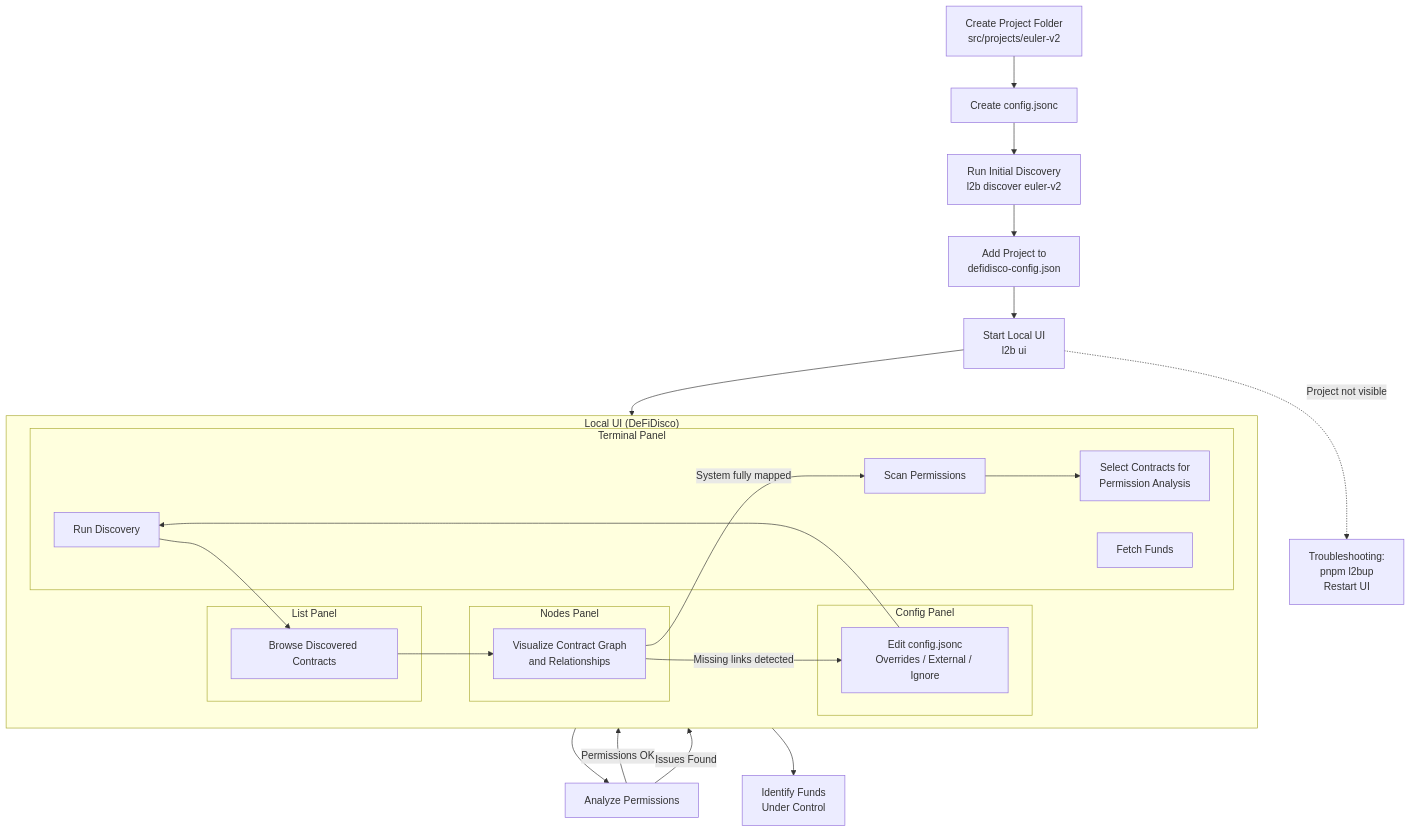
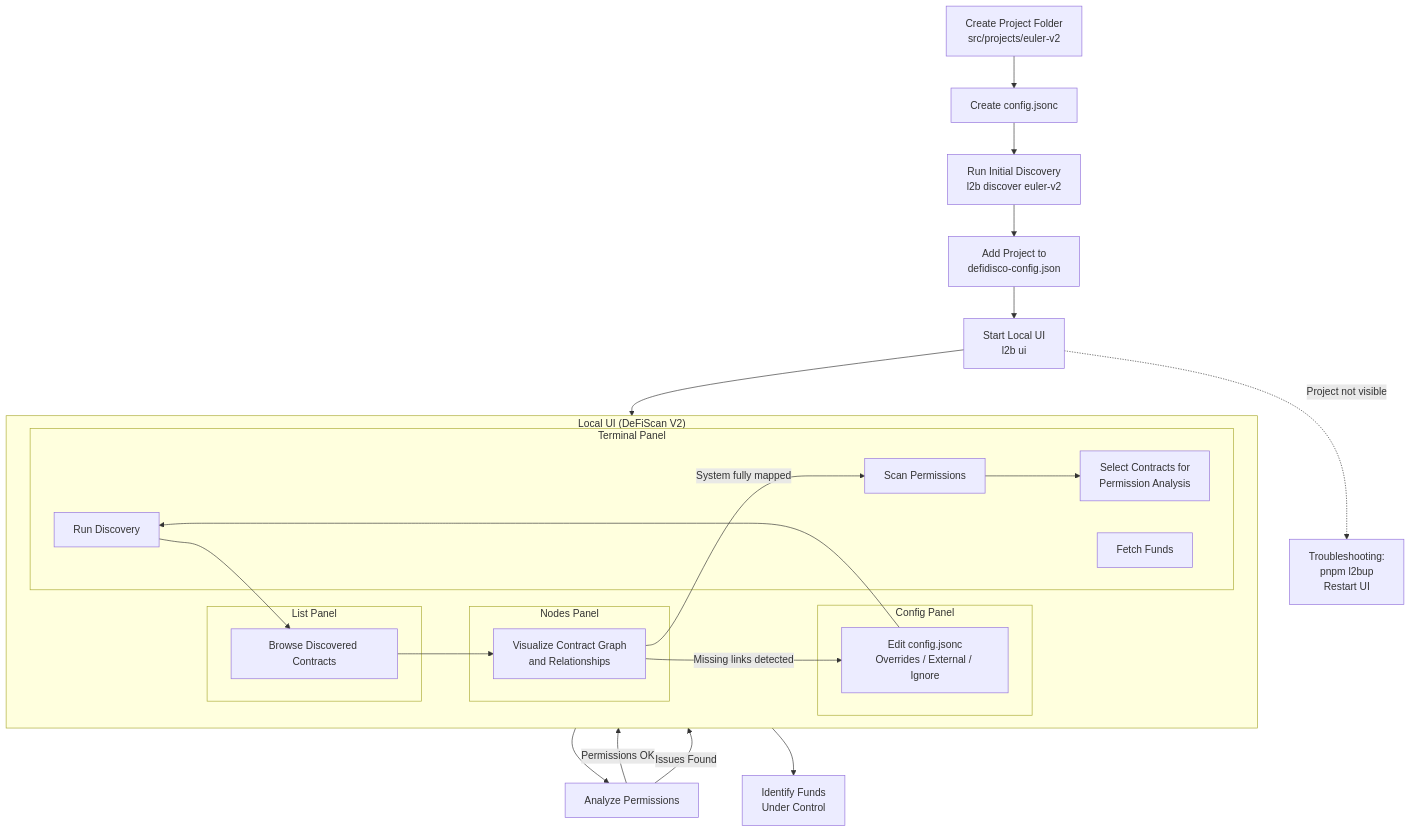
The diagram in docs/researchers/getting-started.md (l2beat/l2beat), drawn with Mermaid before and after one commit. The commit also changed other lines of this file and 9 other files, not shown here.

````diff
--- a/docs/researchers/getting-started.md
+++ b/docs/researchers/getting-started.md
@@ -133,58 +133,58 @@
 ```mermaid
 flowchart TD
     %% Project Setup
     A[Create Project Folder<br/>src/projects/euler-v2] --> B[Create config.jsonc]
     B --> C[Run Initial Discovery<br/>l2b discover euler-v2]
 
     %% UI Setup
     C --> D[Add Project to<br/>defidisco-config.json]
     D --> E[Start Local UI<br/>l2b ui]
 
     %% =====================
     %% Continue Analysis UI
     %% =====================
-    subgraph UI["Local UI (DeFiDisco)"]
+    subgraph UI["Local UI (DeFiScan V2)"]
         direction LR
 
         subgraph ListPanel["List Panel"]
             F[Browse Discovered Contracts]
         end
 
         subgraph NodesPanel["Nodes Panel"]
             G[Visualize Contract Graph<br/>and Relationships]
         end
 
         subgraph ConfigPanel["Config Panel"]
             H[Edit config.jsonc<br/>Overrides / External / Ignore]
         end
 
         subgraph TerminalPanel["Terminal Panel"]
             I[Run Discovery]
             J[Scan Permissions]
             L[Select Contracts for<br/>Permission Analysis]
             K[Fetch Funds]
         end
     end
 
     %% Continue Analysis Loop
     E --> F
     F --> G
     G -->|Missing links detected| H
     H --> I
     I --> F
 
     %% Permission Analysis Loop
     G -->|System fully mapped| J
     J --> L
     L --> M[Analyze Permissions]
     M -->|Permissions OK| K
     %% If issues found, loop back
     M -->|Issues Found| H
 
     %% Track Funds
     K --> N[Identify Funds<br/>Under Control]
 
     %% Troubleshooting
     E -.->|Project not visible| T[Troubleshooting:<br/>pnpm l2bup<br/>Restart UI]
 
 ```
````
